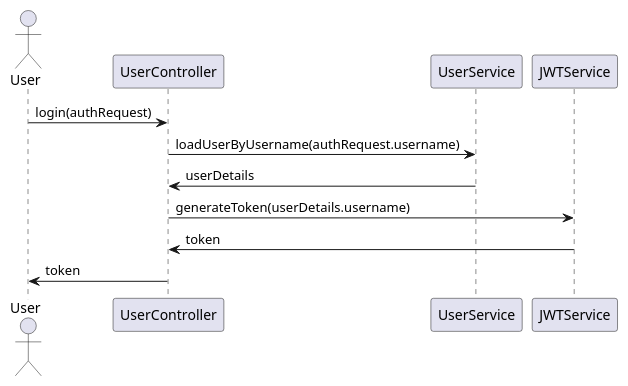
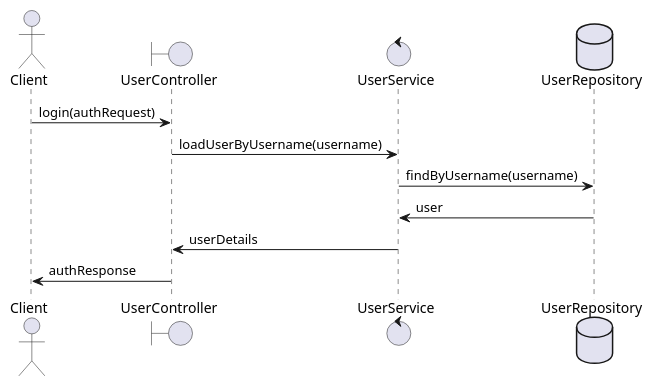
The second of 6 diagrams in identityprovider/documentation/detaileddesign.adoc (shreya-cn/autodev.ai), drawn with PlantUML before and after one commit. The commit also changed other lines of this file and 3 other files, not shown here.

````diff
--- a/identityprovider/documentation/detaileddesign.adoc
+++ b/identityprovider/documentation/detaileddesign.adoc
@@ -279,16 +319,15 @@
-[plantuml, authentication-flow, png]
-----
+```plantuml
 @startuml
-actor User
-participant UserController
-participant UserService
-participant JWTService
+actor Client
+boundary UserController
+control UserService
+database UserRepository
 
-User -> UserController : login(authRequest)
-UserController -> UserService : loadUserByUsername(authRequest.username)
+Client -> UserController : login(authRequest)
+UserController -> UserService : loadUserByUsername(username)
+UserService -> UserRepository : findByUsername(username)
+UserRepository -> UserService : user
 UserService -> UserController : userDetails
-UserController -> JWTService : generateToken(userDetails.username)
-JWTService -> UserController : token
-UserController -> User : token
+UserController -> Client : authResponse
 @enduml
-----
+```
````
